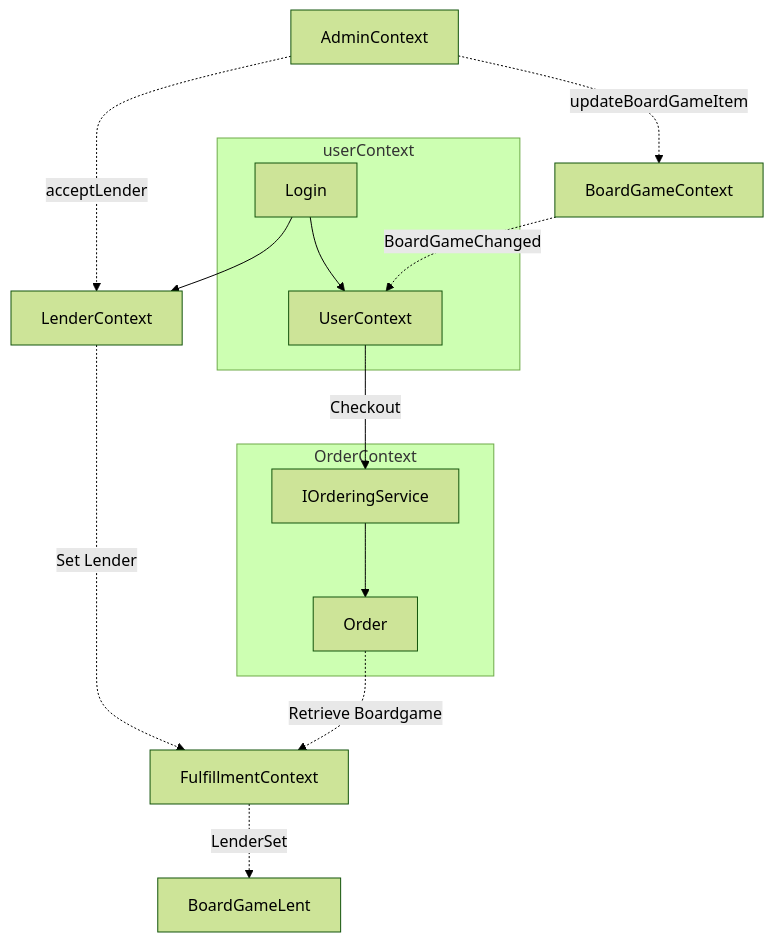
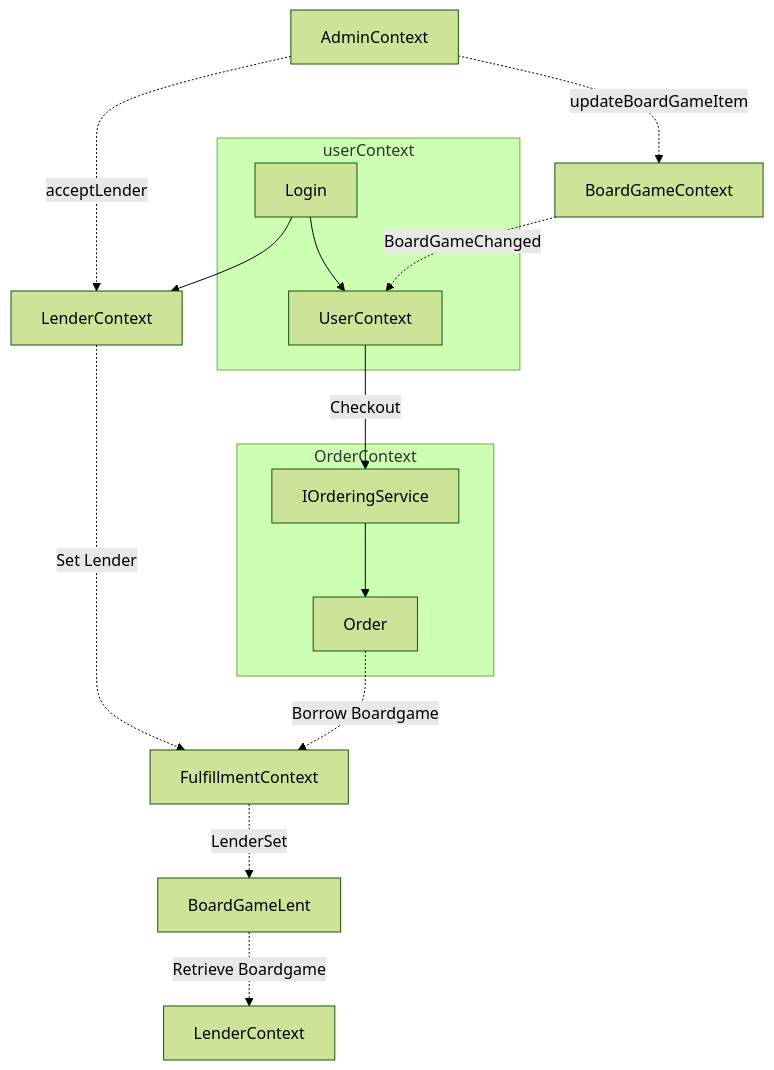
The diagram in Utlån_Konvensjonell/Utlånssystem_Konvensjonell/Design.md (Mancorl/Datbac-Prosjekt), drawn with Mermaid (forest theme) before and after one commit.

Commit message:
FLowchart ferdig?

````diff
--- a/Utlån_Konvensjonell/Utlånssystem_Konvensjonell/Design.md
+++ b/Utlån_Konvensjonell/Utlånssystem_Konvensjonell/Design.md
@@ -3,27 +3,28 @@
 ```mermaid
 flowchart TB
  subgraph OrderContext["OrderContext"]
         Order["Order"]
         IOrderingService["IOrderingService"]
   end
   subgraph userContext
     login[Login] 
     login --> user[UserContext] 
   end
     
     login --> Lender[LenderContext]  
 
     admin[AdminContext] -. updateBoardGameItem .-> BoardGameContext
     admin -. acceptLender .-> Lender
 
     BoardGameContext["BoardGameContext"] -. BoardGameChanged .-> user
     user -- Checkout --> IOrderingService
     IOrderingService --> Order
 
     Lender -. Set Lender .-> FulfillmentContext
 
     FulfillmentContext -. LenderSet .-> BoardGameLent
-    Order -. Retrieve Boardgame .-> FulfillmentContext
+    Order -. Borrow Boardgame .-> FulfillmentContext
+    BoardGameLent -. Retrieve Boardgame .-> LenderContext
     
 
 ```
````
